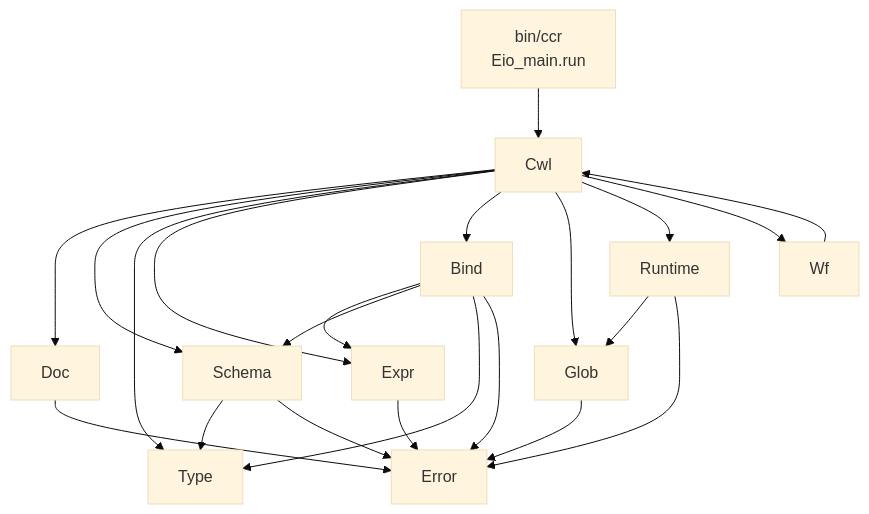
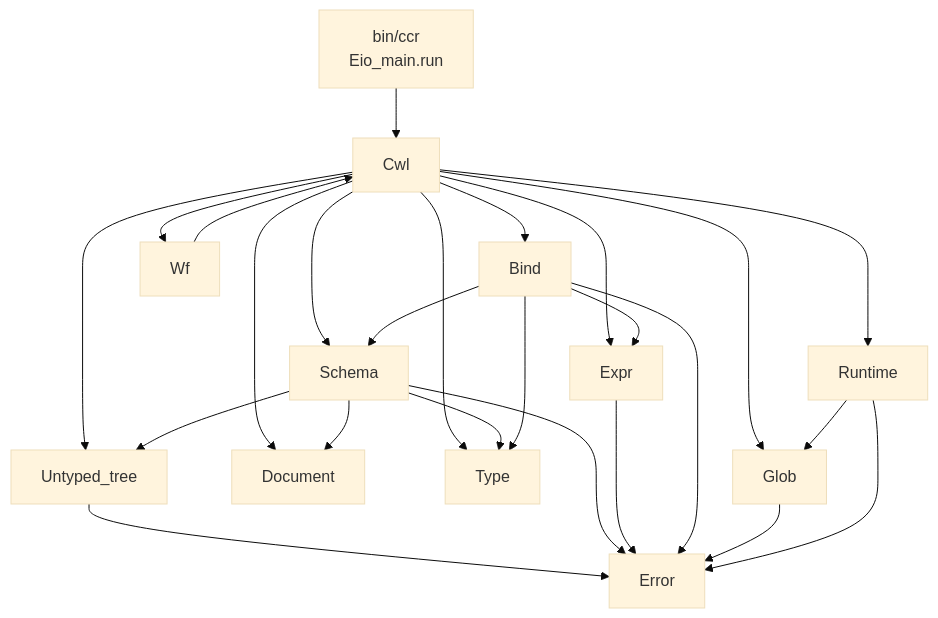
One commit to vjaganat90/caml-cwl-runner changed the first of 2 diagrams in design_docs/runner.md. Above: the diagram before and after it, drawn with Mermaid (base theme). The commit also changed other lines of this file and 14 other files, not shown here.

Commit message:
refactor: accurately renamed Doc to Untype_tree and clearly created CWL Document module as a sum type of CommandLineTool and Workflow

````diff
--- a/design_docs/runner.md
+++ b/design_docs/runner.md
@@ -46,24 +47,27 @@
 ```mermaid
 flowchart TB
   CLI["bin/ccr\nEio_main.run"] --> Facade["Cwl"]
-  Facade --> Doc
+  Facade --> Untyped_tree
+  Facade --> Document
   Facade --> Schema
   Facade --> Type
   Facade --> Expr
   Facade --> Bind
   Facade --> Glob
   Facade --> Runtime
   Facade --> Wf["Wf"]
   Schema --> Type
   Bind --> Expr
   Bind --> Schema
   Bind --> Type
   Runtime --> Glob
   Wf --> Facade
-  Doc --> Error
+  Untyped_tree --> Error
   Schema --> Error
+  Schema --> Document
+  Schema --> Untyped_tree
   Expr --> Error
   Bind --> Error
   Glob --> Error
   Runtime --> Error
 ```
````
